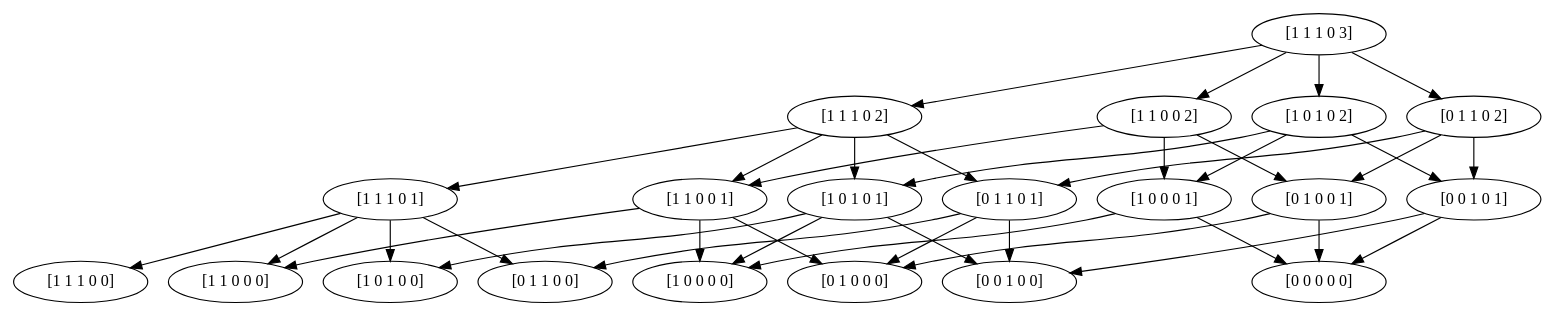
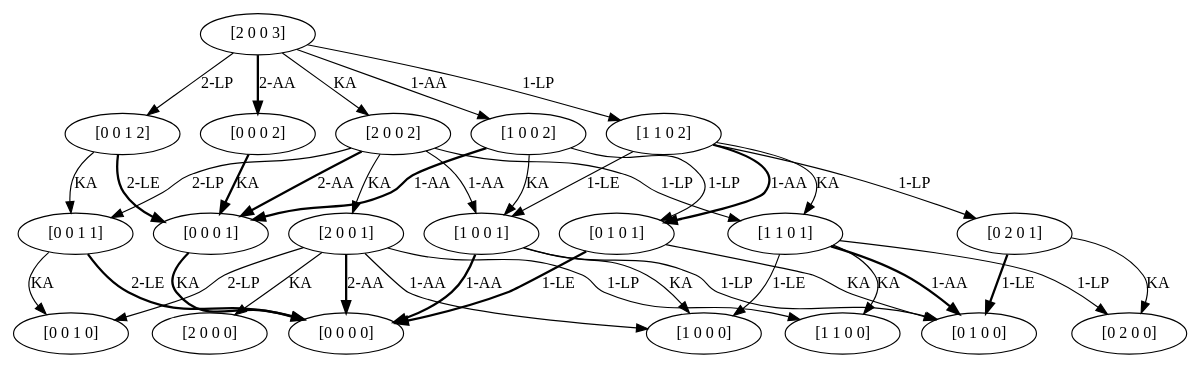
Before and after one commit to rb4k/DP-RM-with-storage: the diagram in test.dot, drawn with Graphviz. The commit also changed 24 other files, not shown here.

```diff
--- a/test.dot
+++ b/test.dot
@@ -1,391 +1,467 @@
 digraph  {
 	node [label="\N"];
-	0	 [capacity="[1 1]",
-		label="[1 1 1 0 0]",
-		stock="[1 0]",
+	64	 [capacity="[0]",
+		label="[0 0 1 0]",
+		stock="[0 1]",
 		time=0,
 		value=0.0];
-	1	 [capacity="[1 1]",
-		label="[1 1 1 0 1]",
-		stock="[1 0]",
+	65	 [capacity="[0]",
+		label="[0 0 1 1]",
+		stock="[0 1]",
 		time=1,
-		value=120.0];
-	1 -> 0 [key=0,
-	goal="[1 1 1 0 0]",
+		value=20.0];
+	65 -> 64 [key=0,
+	goal="[0 0 1 0]",
+	label=KA,
 	modus=KA,
 	not_best_politic=True,
 	revenue=0,
 	time=1,
-	weight=0,
+	weight=0.0,
 	weight_goal=0.0];
-4 [capacity="[1 1]",
-	label="[1 1 0 0 0]",
+68 [capacity="[0]",
+	label="[0 0 0 0]",
 	stock="[0 0]",
 	time=0,
 	value=0.0];
-1 -> 4 [key=1,
-goal="[1 1 0 0 0]",
+65 -> 68 [key=2,
+goal="[0 0 0 0]",
+label="2-LE",
+modus=LE,
+not_best_politic=False,
+revenue=200,
+style=bold,
+time=1,
+weight=200.0,
+weight_goal=0.0];
+66 [capacity="[0]",
+label="[0 0 1 2]",
+stock="[0 1]",
+time=2,
+value=38.0];
+66 -> 65 [key=0,
+goal="[0 0 1 1]",
+label=KA,
+modus=KA,
+not_best_politic=True,
+revenue=0,
+time=2,
+weight=0.0,
+weight_goal=20.0];
+69 [capacity="[0]",
+label="[0 0 0 1]",
+stock="[0 0]",
+time=1,
+value=0.0];
+66 -> 69 [key=2,
+goal="[0 0 0 1]",
+label="2-LE",
+modus=LE,
+not_best_politic=False,
+revenue=200,
+style=bold,
+time=2,
+weight=180.0,
+weight_goal=0.0];
+37 [capacity="[1]",
+label="[1 1 0 1]",
+stock="[1 0]",
+time=1,
+value=100.0];
+44 [capacity="[1]",
+label="[1 0 0 0]",
+stock="[0 0]",
+time=0,
+value=0.0];
+37 -> 44 [key=1,
+goal="[1 0 0 0]",
+label="1-LE",
 modus=LE,
 not_best_politic=True,
 revenue=100,
 time=1,
 weight=100.0,
 weight_goal=0.0];
-8 [capacity="[1 0]",
-label="[1 0 1 0 0]",
+52 [capacity="[0]",
+label="[0 2 0 0]",
+stock="[2 0]",
+time=0,
+value=0.0];
+37 -> 52 [key=1,
+goal="[0 2 0 0]",
+label="1-LP",
+modus=LP,
+not_best_politic=True,
+revenue=0,
+time=1,
+weight=0.0,
+weight_goal=0.0];
+60 [capacity="[0]",
+label="[0 1 0 0]",
 stock="[1 0]",
 time=0,
 value=0.0];
-1 -> 8 [key=2,
-goal="[1 0 1 0 0]",
+37 -> 60 [key=1,
+goal="[0 1 0 0]",
+label="1-AA",
+modus=AA,
+not_best_politic=False,
+revenue=100,
+style=bold,
+time=1,
+weight=100.0,
+weight_goal=0.0];
+36 [capacity="[1]",
+label="[1 1 0 0]",
+stock="[1 0]",
+time=0,
+value=0.0];
+37 -> 36 [key=0,
+goal="[1 1 0 0]",
+label=KA,
+modus=KA,
+not_best_politic=True,
+revenue=0,
+time=1,
+weight=0.0,
+weight_goal=0.0];
+38 [capacity="[1]",
+label="[1 1 0 2]",
+stock="[1 0]",
+time=2,
+value=150.0];
+38 -> 37 [key=0,
+goal="[1 1 0 1]",
+label=KA,
+modus=KA,
+not_best_politic=True,
+revenue=0,
+time=2,
+weight=0.0,
+weight_goal=100.0];
+45 [capacity="[1]",
+label="[1 0 0 1]",
+stock="[0 0]",
+time=1,
+value=50.0];
+38 -> 45 [key=1,
+goal="[1 0 0 1]",
+label="1-LE",
+modus=LE,
+not_best_politic=True,
+revenue=100,
+time=2,
+weight=50.0,
+weight_goal=50.0];
+53 [capacity="[0]",
+label="[0 2 0 1]",
+stock="[2 0]",
+time=1,
+value=50.0];
+38 -> 53 [key=1,
+goal="[0 2 0 1]",
+label="1-LP",
+modus=LP,
+not_best_politic=True,
+revenue=0,
+time=2,
+weight=-50.0,
+weight_goal=50.0];
+61 [capacity="[0]",
+label="[0 1 0 1]",
+stock="[1 0]",
+time=1,
+value=50.0];
+38 -> 61 [key=1,
+goal="[0 1 0 1]",
+label="1-AA",
+modus=AA,
+not_best_politic=False,
+revenue=100,
+style=bold,
+time=2,
+weight=50.0,
+weight_goal=50.0];
+70 [capacity="[0]",
+label="[0 0 0 2]",
+stock="[0 0]",
+time=2,
+value=0.0];
+70 -> 69 [key=0,
+goal="[0 0 0 1]",
+label=KA,
+modus=KA,
+not_best_politic=False,
+revenue=0,
+style=bold,
+time=2,
+weight=0.0,
+weight_goal=0.0];
+45 -> 68 [key=1,
+goal="[0 0 0 0]",
+label="1-AA",
+modus=AA,
+not_best_politic=False,
+revenue=100,
+style=bold,
+time=1,
+weight=100.0,
+weight_goal=0.0];
+45 -> 44 [key=0,
+goal="[1 0 0 0]",
+label=KA,
+modus=KA,
+not_best_politic=True,
+revenue=0,
+time=1,
+weight=0.0,
+weight_goal=0.0];
+45 -> 60 [key=1,
+goal="[0 1 0 0]",
+label="1-LP",
+modus=LP,
+not_best_politic=True,
+revenue=0,
+time=1,
+weight=0.0,
+weight_goal=0.0];
+46 [capacity="[1]",
+label="[1 0 0 2]",
+stock="[0 0]",
+time=2,
+value=75.0];
+46 -> 45 [key=0,
+goal="[1 0 0 1]",
+label=KA,
+modus=KA,
+not_best_politic=True,
+revenue=0,
+time=2,
+weight=0.0,
+weight_goal=50.0];
+46 -> 69 [key=1,
+goal="[0 0 0 1]",
+label="1-AA",
+modus=AA,
+not_best_politic=False,
+revenue=100,
+style=bold,
+time=2,
+weight=50.0,
+weight_goal=0.0];
+46 -> 61 [key=1,
+goal="[0 1 0 1]",
+label="1-LP",
+modus=LP,
+not_best_politic=True,
+revenue=0,
+time=2,
+weight=0.0,
+weight_goal=50.0];
+53 -> 52 [key=0,
+goal="[0 2 0 0]",
+label=KA,
+modus=KA,
+not_best_politic=True,
+revenue=0,
+time=1,
+weight=0.0,
+weight_goal=0.0];
+53 -> 60 [key=1,
+goal="[0 1 0 0]",
+label="1-LE",
+modus=LE,
+not_best_politic=False,
+revenue=100,
+style=bold,
+time=1,
+weight=100.0,
+weight_goal=0.0];
+22 [capacity="[2]",
+label="[2 0 0 2]",
+stock="[0 0]",
+time=2,
+value=138.0];
+22 -> 65 [key=2,
+goal="[0 0 1 1]",
+label="2-LP",
+modus=LP,
+not_best_politic=True,
+revenue=0,
+time=2,
+weight=-50.0,
+weight_goal=20.0];
+22 -> 37 [key=1,
+goal="[1 1 0 1]",
+label="1-LP",
+modus=LP,
+not_best_politic=True,
+revenue=0,
+time=2,
+weight=30.0,
+weight_goal=100.0];
+22 -> 45 [key=1,
+goal="[1 0 0 1]",
+label="1-AA",
+modus=AA,
+not_best_politic=True,
+revenue=100,
+time=2,
+weight=80.0,
+weight_goal=50.0];
+21 [capacity="[2]",
+label="[2 0 0 1]",
+stock="[0 0]",
+time=1,
+value=70.0];
+22 -> 21 [key=0,
+goal="[2 0 0 1]",
+label=KA,
+modus=KA,
+not_best_politic=True,
+revenue=0,
+time=2,
+weight=0.0,
+weight_goal=70.0];
+22 -> 69 [key=2,
+goal="[0 0 0 1]",
+label="2-AA",
 modus=AA,
 not_best_politic=False,
 revenue=200,
+style=bold,
+time=2,
+weight=130.0,
+weight_goal=0.0];
+23 [capacity="[2]",
+label="[2 0 0 3]",
+stock="[0 0]",
+time=3,
+value=168.703];
+23 -> 66 [key=2,
+goal="[0 0 1 2]",
+label="2-LP",
+modus=LP,
+not_best_politic=True,
+revenue=0,
+time=3,
+weight=-100.0,
+weight_goal=38.0];
+23 -> 38 [key=1,
+goal="[1 1 0 2]",
+label="1-LP",
+modus=LP,
+not_best_politic=True,
+revenue=0,
+time=3,
+weight=12.0,
+weight_goal=150.0];
+23 -> 70 [key=2,
+goal="[0 0 0 2]",
+label="2-AA",
+modus=AA,
+not_best_politic=False,
+revenue=200,
+style=bold,
+time=3,
+weight=62.0,
+weight_goal=0.0];
+23 -> 46 [key=1,
+goal="[1 0 0 2]",
+label="1-AA",
+modus=AA,
+not_best_politic=True,
+revenue=100,
+time=3,
+weight=37.0,
+weight_goal=75.0];
+23 -> 22 [key=0,
+goal="[2 0 0 2]",
+label=KA,
+modus=KA,
+not_best_politic=True,
+revenue=0,
+time=3,
+weight=0.0,
+weight_goal=138.0];
+21 -> 64 [key=2,
+goal="[0 0 1 0]",
+label="2-LP",
+modus=LP,
+not_best_politic=True,
+revenue=0,
+time=1,
+weight=0.0,
+weight_goal=0.0];
+21 -> 68 [key=2,
+goal="[0 0 0 0]",
+label="2-AA",
+modus=AA,
+not_best_politic=False,
+revenue=200,
+style=bold,
 time=1,
 weight=200.0,
 weight_goal=0.0];
-16 [capacity="[0 1]",
-label="[0 1 1 0 0]",
-stock="[1 0]",
-time=0,
-value=0.0];
-1 -> 16 [key=1,
-goal="[0 1 1 0 0]",
+21 -> 44 [key=1,
+goal="[1 0 0 0]",
+label="1-AA",
 modus=AA,
 not_best_politic=True,
 revenue=100,
 time=1,
 weight=100.0,
 weight_goal=0.0];
-2 [capacity="[1 1]",
-label="[1 1 1 0 2]",
-stock="[1 0]",
-time=2,
-value=188.0];
-2 -> 1 [key=0,
-goal="[1 1 1 0 1]",
-modus=KA,
-not_best_politic=True,
-revenue=0,
-time=2,
-weight=0,
-weight_goal=120.0];
-5 [capacity="[1 1]",
-label="[1 1 0 0 1]",
+20 [capacity="[2]",
+label="[2 0 0 0]",
 stock="[0 0]",
-time=1,
-value=70.0];
-2 -> 5 [key=1,
-goal="[1 1 0 0 1]",
-modus=LE,
-not_best_politic=True,
-revenue=100,
-time=2,
-weight=50.0,
-weight_goal=70.0];
-9 [capacity="[1 0]",
-label="[1 0 1 0 1]",
-stock="[1 0]",
-time=1,
-value=100.0];
-2 -> 9 [key=2,
-goal="[1 0 1 0 1]",
-modus=AA,
-not_best_politic=False,
-revenue=200,
-time=2,
-weight=180.0,
-weight_goal=100.0];
-17 [capacity="[0 1]",
-label="[0 1 1 0 1]",
-stock="[1 0]",
-time=1,
-value=70.0];
-2 -> 17 [key=1,
-goal="[0 1 1 0 1]",
-modus=AA,
-not_best_politic=True,
-revenue=100,
-time=2,
-weight=50.0,
-weight_goal=70.0];
-3 [capacity="[1 1]",
-label="[1 1 1 0 3]",
-stock="[1 0]",
-time=3,
-value=229.203];
-3 -> 2 [key=0,
-goal="[1 1 1 0 2]",
-modus=KA,
-not_best_politic=True,
-revenue=0,
-time=3,
-weight=0,
-weight_goal=188.0];
-6 [capacity="[1 1]",
-label="[1 1 0 0 2]",
-stock="[0 0]",
-time=2,
-value=113.0];
-3 -> 6 [key=1,
-goal="[1 1 0 0 2]",
-modus=LE,
-not_best_politic=True,
-revenue=100,
-time=3,
-weight=25.0,
-weight_goal=113.0];
-10 [capacity="[1 0]",
-label="[1 0 1 0 2]",
-stock="[1 0]",
-time=2,
-value=150.0];
-3 -> 10 [key=2,
-goal="[1 0 1 0 2]",
-modus=AA,
-not_best_politic=False,
-revenue=200,
-time=3,
-weight=162.0,
-weight_goal=150.0];
-18 [capacity="[0 1]",
-label="[0 1 1 0 2]",
-stock="[1 0]",
-time=2,
-value=113.0];
-3 -> 18 [key=1,
-goal="[0 1 1 0 2]",
-modus=AA,
-not_best_politic=True,
-revenue=100,
-time=3,
-weight=25.0,
-weight_goal=113.0];
-5 -> 4 [key=0,
-goal="[1 1 0 0 0]",
+time=0,
+value=0.0];
+21 -> 20 [key=0,
+goal="[2 0 0 0]",
+label=KA,
 modus=KA,
 not_best_politic=True,
 revenue=0,
 time=1,
-weight=0,
+weight=0.0,
 weight_goal=0.0];
-12 [capacity="[1 0]",
-label="[1 0 0 0 0]",
-stock="[0 0]",
-time=0,
-value=0.0];
-5 -> 12 [key=2,
-goal="[1 0 0 0 0]",
-modus=AA,
+21 -> 36 [key=1,
+goal="[1 1 0 0]",
+label="1-LP",
+modus=LP,
+not_best_politic=True,
+revenue=0,
+time=1,
+weight=0.0,
+weight_goal=0.0];
+69 -> 68 [key=0,
+goal="[0 0 0 0]",
+label=KA,
+modus=KA,
 not_best_politic=False,
-revenue=200,
+revenue=0,
+style=bold,
 time=1,
-weight=200.0,
+weight=0.0,
 weight_goal=0.0];
-20 [capacity="[0 1]",
-label="[0 1 0 0 0]",
-stock="[0 0]",
-time=0,
-value=0.0];
-5 -> 20 [key=1,
-goal="[0 1 0 0 0]",
-modus=AA,
-not_best_politic=True,
+61 -> 68 [key=1,
+goal="[0 0 0 0]",
+label="1-LE",
+modus=LE,
+not_best_politic=False,
 revenue=100,
+style=bold,
 time=1,
 weight=100.0,
 weight_goal=0.0];
-6 -> 5 [key=0,
-goal="[1 1 0 0 1]",
-modus=KA,
-not_best_politic=True,
-revenue=0,
-time=2,
-weight=0,
-weight_goal=70.0];
-13 [capacity="[1 0]",
-label="[1 0 0 0 1]",
-stock="[0 0]",
-time=1,
-value=50.0];
-6 -> 13 [key=2,
-goal="[1 0 0 0 1]",
-modus=AA,
-not_best_politic=False,
-revenue=200,
-time=2,
-weight=180.0,
-weight_goal=50.0];
-21 [capacity="[0 1]",
-label="[0 1 0 0 1]",
-stock="[0 0]",
-time=1,
-value=20.0];
-6 -> 21 [key=1,
-goal="[0 1 0 0 1]",
-modus=AA,
-not_best_politic=True,
-revenue=100,
-time=2,
-weight=50.0,
-weight_goal=20.0];
-9 -> 8 [key=0,
-goal="[1 0 1 0 0]",
+61 -> 60 [key=0,
+goal="[0 1 0 0]",
+label=KA,
 modus=KA,
 not_best_politic=True,
 revenue=0,
 time=1,
-weight=0,
-weight_goal=0.0];
-9 -> 12 [key=1,
-goal="[1 0 0 0 0]",
-modus=LE,
-not_best_politic=True,
-revenue=100,
-time=1,
-weight=100.0,
-weight_goal=0.0];
-24 [capacity="[0 0]",
-label="[0 0 1 0 0]",
-stock="[1 0]",
-time=0,
-value=0.0];
-9 -> 24 [key=1,
-goal="[0 0 1 0 0]",
-modus=AA,
-not_best_politic=False,
-revenue=100,
-time=1,
-weight=100.0,
-weight_goal=0.0];
-10 -> 9 [key=0,
-goal="[1 0 1 0 1]",
-modus=KA,
-not_best_politic=True,
-revenue=0,
-time=2,
-weight=0,
-weight_goal=100.0];
-10 -> 13 [key=1,
-goal="[1 0 0 0 1]",
-modus=LE,
-not_best_politic=True,
-revenue=100,
-time=2,
-weight=50.0,
-weight_goal=50.0];
-25 [capacity="[0 0]",
-label="[0 0 1 0 1]",
-stock="[1 0]",
-time=1,
-value=50.0];
-10 -> 25 [key=1,
-goal="[0 0 1 0 1]",
-modus=AA,
-not_best_politic=False,
-revenue=100,
-time=2,
-weight=50.0,
-weight_goal=50.0];
-13 -> 12 [key=0,
-goal="[1 0 0 0 0]",
-modus=KA,
-not_best_politic=True,
-revenue=0,
-time=1,
-weight=0,
-weight_goal=0.0];
-28 [capacity="[0 0]",
-label="[0 0 0 0 0]",
-stock="[0 0]",
-time=0,
-value=0.0];
-13 -> 28 [key=1,
-goal="[0 0 0 0 0]",
-modus=AA,
-not_best_politic=False,
-revenue=100,
-time=1,
-weight=100.0,
-weight_goal=0.0];
-17 -> 16 [key=0,
-goal="[0 1 1 0 0]",
-modus=KA,
-not_best_politic=True,
-revenue=0,
-time=1,
-weight=0,
-weight_goal=0.0];
-17 -> 20 [key=1,
-goal="[0 1 0 0 0]",
-modus=LE,
-not_best_politic=True,
-revenue=100,
-time=1,
-weight=100.0,
-weight_goal=0.0];
-17 -> 24 [key=2,
-goal="[0 0 1 0 0]",
-modus=AA,
-not_best_politic=False,
-revenue=200,
-time=1,
-weight=200.0,
-weight_goal=0.0];
-18 -> 17 [key=0,
-goal="[0 1 1 0 1]",
-modus=KA,
-not_best_politic=True,
-revenue=0,
-time=2,
-weight=0,
-weight_goal=70.0];
-18 -> 21 [key=1,
-goal="[0 1 0 0 1]",
-modus=LE,
-not_best_politic=True,
-revenue=100,
-time=2,
-weight=50.0,
-weight_goal=20.0];
-18 -> 25 [key=2,
-goal="[0 0 1 0 1]",
-modus=AA,
-not_best_politic=False,
-revenue=200,
-time=2,
-weight=180.0,
-weight_goal=50.0];
-21 -> 20 [key=0,
-goal="[0 1 0 0 0]",
-modus=KA,
-not_best_politic=True,
-revenue=0,
-time=1,
-weight=0,
-weight_goal=0.0];
-21 -> 28 [key=2,
-goal="[0 0 0 0 0]",
-modus=AA,
-not_best_politic=False,
-revenue=200,
-time=1,
-weight=200.0,
-weight_goal=0.0];
-25 -> 24 [key=0,
-goal="[0 0 1 0 0]",
-modus=KA,
-not_best_politic=True,
-revenue=0,
-time=1,
-weight=0,
-weight_goal=0.0];
-25 -> 28 [key=1,
-goal="[0 0 0 0 0]",
-modus=LE,
-not_best_politic=False,
-revenue=100,
-time=1,
-weight=100.0,
+weight=0.0,
 weight_goal=0.0];
 }
```
